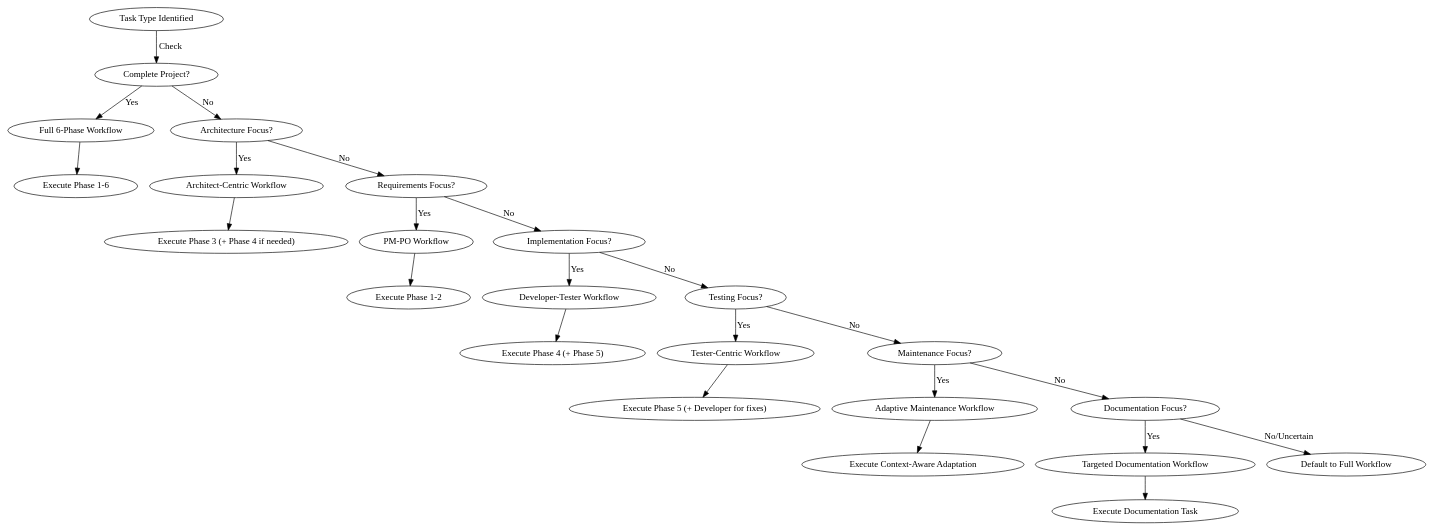
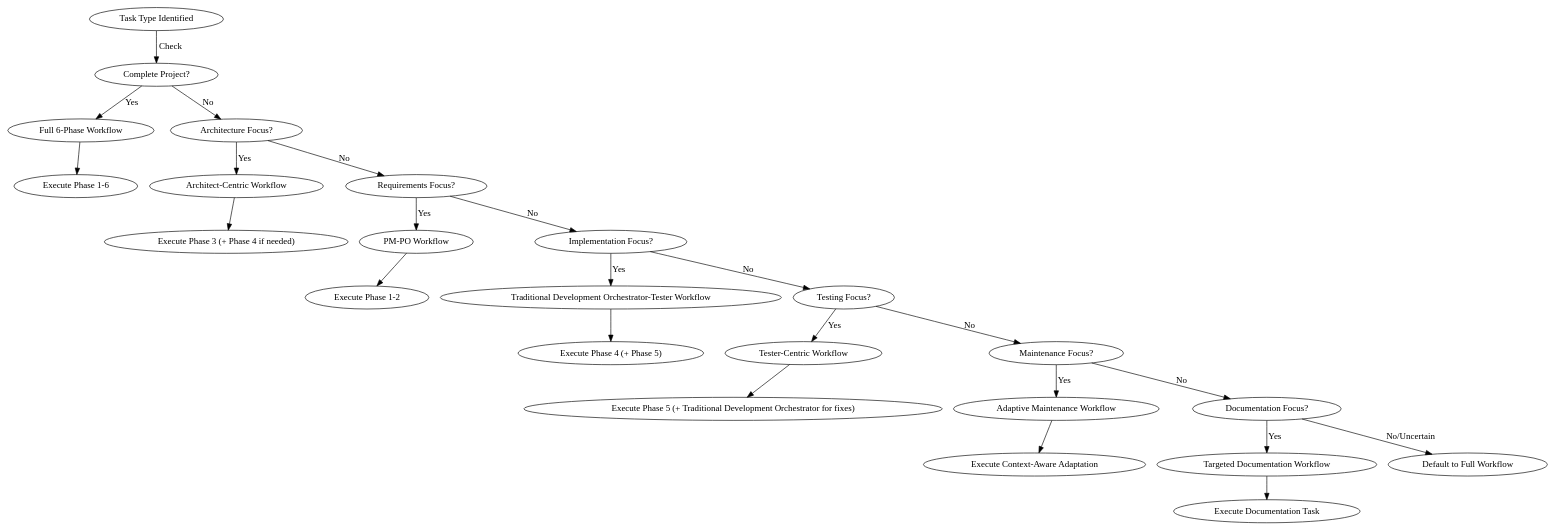
One commit to gongxh13/agentdev-suite changed the second of 2 diagrams in skills/traditional-development-coordination/SKILL.md. Above: the diagram before and after it, drawn with Graphviz. The commit also changed other lines of this file and 16 other files, not shown here.

First line of the commit message:
refactor: restructure traditional development coordination with unified agent names and context:fork skills

````diff
--- a/skills/traditional-development-coordination/SKILL.md
+++ b/skills/traditional-development-coordination/SKILL.md
@@ -126,27 +126,27 @@
 ```dot
 digraph workflow_selection {
     "Task Type Identified" -> "Complete Project?" [label="Check"];
     "Complete Project?" -> "Full 6-Phase Workflow" [label="Yes"];
     "Complete Project?" -> "Architecture Focus?" [label="No"];
     "Architecture Focus?" -> "Architect-Centric Workflow" [label="Yes"];
     "Architecture Focus?" -> "Requirements Focus?" [label="No"];
     "Requirements Focus?" -> "PM-PO Workflow" [label="Yes"];
     "Requirements Focus?" -> "Implementation Focus?" [label="No"];
-    "Implementation Focus?" -> "Developer-Tester Workflow" [label="Yes"];
+    "Implementation Focus?" -> "Traditional Development Orchestrator-Tester Workflow" [label="Yes"];
     "Implementation Focus?" -> "Testing Focus?" [label="No"];
     "Testing Focus?" -> "Tester-Centric Workflow" [label="Yes"];
     "Testing Focus?" -> "Maintenance Focus?" [label="No"];
     "Maintenance Focus?" -> "Adaptive Maintenance Workflow" [label="Yes"];
     "Maintenance Focus?" -> "Documentation Focus?" [label="No"];
     "Documentation Focus?" -> "Targeted Documentation Workflow" [label="Yes"];
     "Documentation Focus?" -> "Default to Full Workflow" [label="No/Uncertain"];
 
     "Full 6-Phase Workflow" -> "Execute Phase 1-6";
     "Architect-Centric Workflow" -> "Execute Phase 3 (+ Phase 4 if needed)";
     "PM-PO Workflow" -> "Execute Phase 1-2";
-    "Developer-Tester Workflow" -> "Execute Phase 4 (+ Phase 5)";
-    "Tester-Centric Workflow" -> "Execute Phase 5 (+ Developer for fixes)";
+    "Traditional Development Orchestrator-Tester Workflow" -> "Execute Phase 4 (+ Phase 5)";
+    "Tester-Centric Workflow" -> "Execute Phase 5 (+ Traditional Development Orchestrator for fixes)";
     "Adaptive Maintenance Workflow" -> "Execute Context-Aware Adaptation";
     "Targeted Documentation Workflow" -> "Execute Documentation Task";
 }
 ```
````
